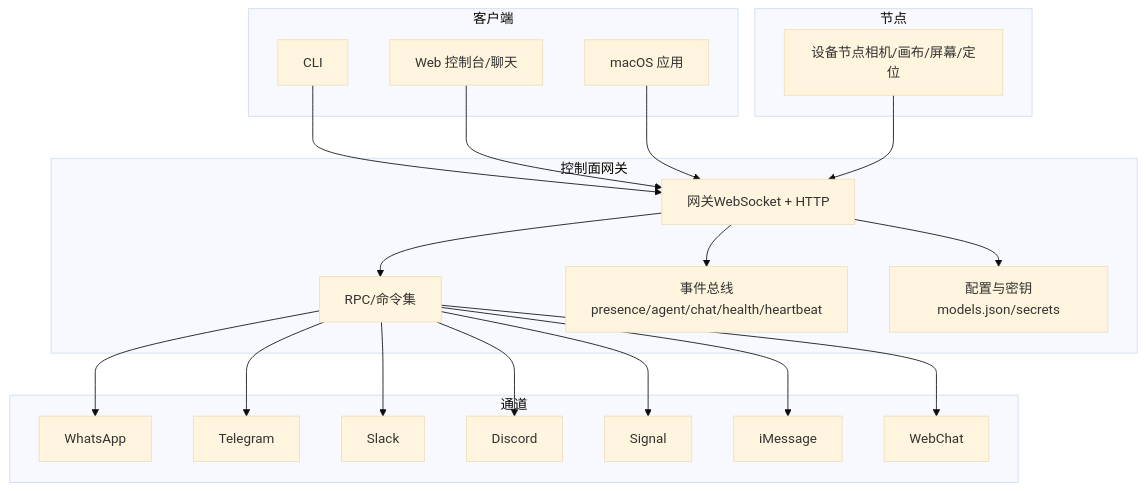
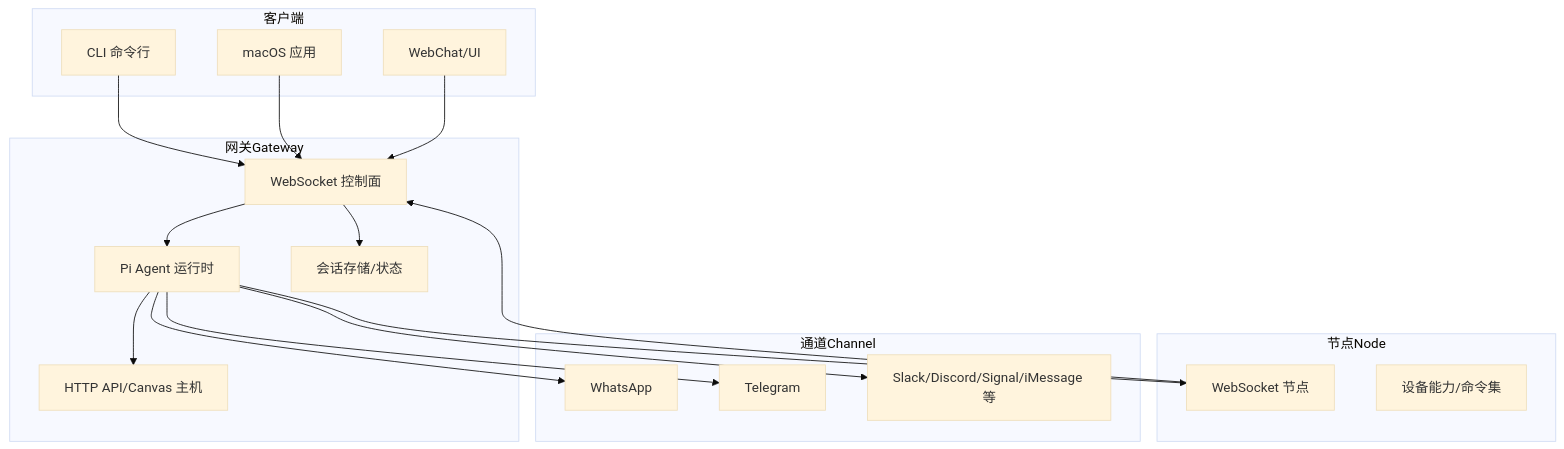
One commit to botx-work/OpenClaw-Internals changed the first of 10 diagrams in repowiki/zh/content/核心概念/核心概念.md. Above: the diagram before and after it, drawn with Mermaid (base theme). The commit also changed other lines of this file and 542 other files, not shown here.

````diff
--- a/repowiki/zh/content/核心概念/核心概念.md
+++ b/repowiki/zh/content/核心概念/核心概念.md
@@ -46,40 +35,34 @@
 ```mermaid
 graph TB
-subgraph "控制面网关"
-GW["网关WebSocket + HTTP"]
-RPC["RPC/命令集"]
-EVT["事件总线presence/agent/chat/health/heartbeat"]
-CFG["配置与密钥models.json/secrets"]
+subgraph "客户端"
+CLI["CLI 命令行"]
+MAC["macOS 应用"]
+WEB["WebChat/UI"]
 end
-subgraph "客户端"
-CLI["CLI"]
-WEB["Web 控制台/聊天"]
-MAC["macOS 应用"]
+subgraph "网关Gateway"
+WS["WebSocket 控制面"]
+HTTP["HTTP API/Canvas 主机"]
+RUNTIME["Pi Agent 运行时"]
+STORE["会话存储/状态"]
 end
-subgraph "节点"
-NODE["设备节点相机/画布/屏幕/定位"]
+subgraph "节点Node"
+NODE_WS["WebSocket 节点"]
+NODE_CAPS["设备能力/命令集"]
 end
-subgraph "通道"
+subgraph "通道Channel"
 WA["WhatsApp"]
 TG["Telegram"]
-SL["Slack"]
-DC["Discord"]
-SG["Signal"]
-IM["iMessage"]
-WC["WebChat"]
+SL["Slack/Discord/Signal/iMessage 等"]
 end
-CLI --> GW
-WEB --> GW
-MAC --> GW
-NODE --> GW
-GW --> RPC
-GW --> EVT
-GW --> CFG
-RPC --> WA
-RPC --> TG
-RPC --> SL
-RPC --> DC
-RPC --> SG
-RPC --> IM
-RPC --> WC
+CLI --> WS
+MAC --> WS
+WEB --> WS
+NODE_WS --> WS
+WS --> RUNTIME
+WS --> STORE
+RUNTIME --> HTTP
+RUNTIME --> NODE_WS
+RUNTIME --> WA
+RUNTIME --> TG
+RUNTIME --> SL
 ```
````
